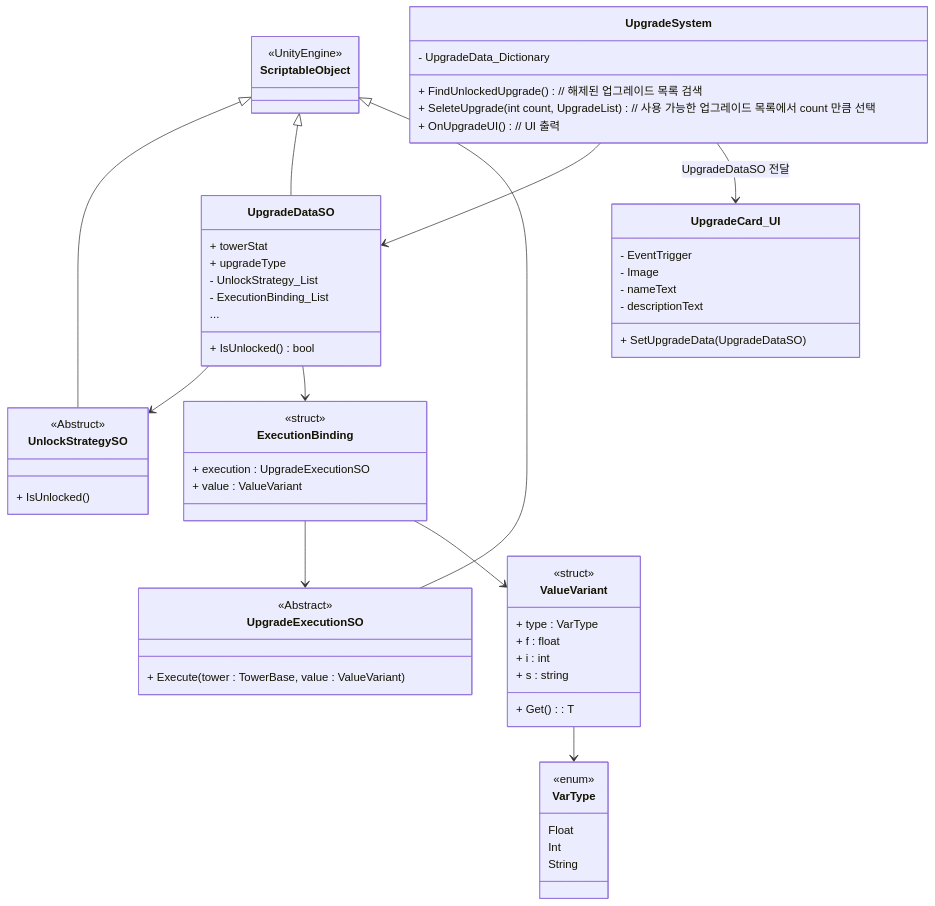
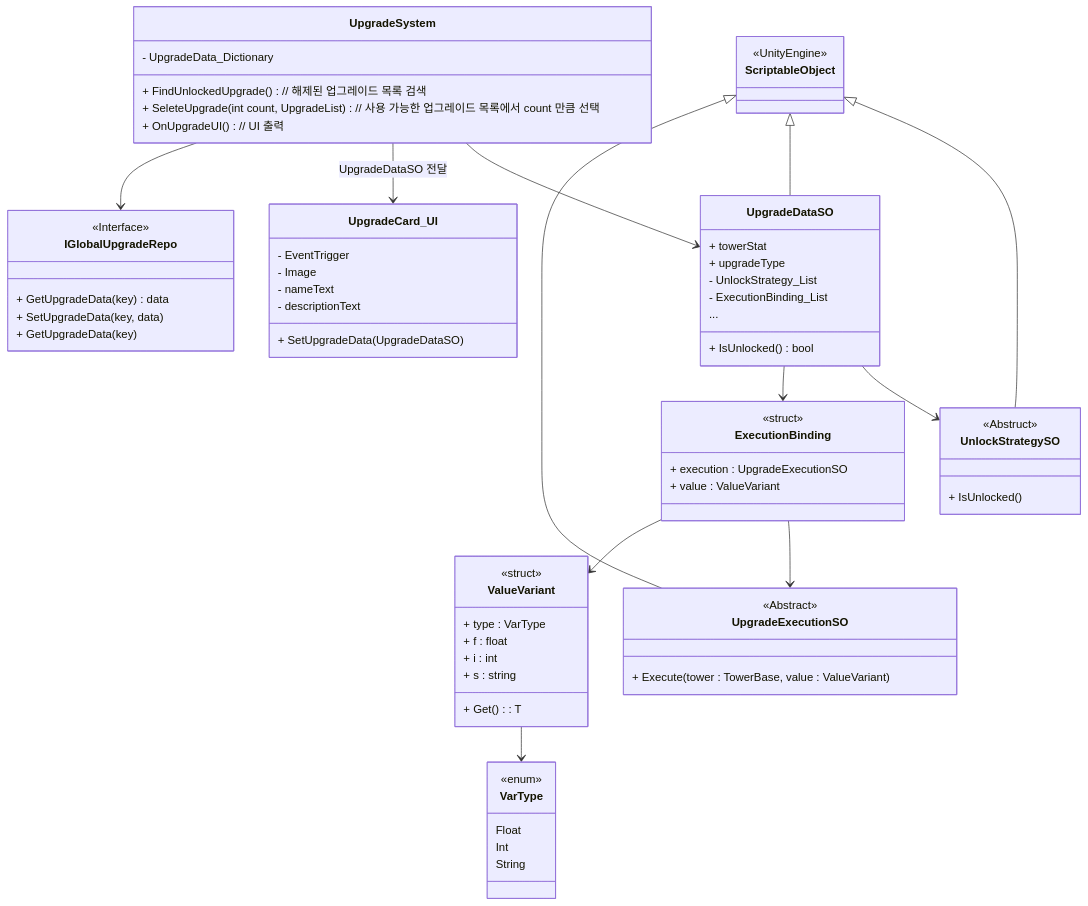
The diagram in _Doc/DevelopmentLog_25_6.md (HyunWoo-Jo/ProjectHS), drawn with Mermaid before and after one commit. The commit also changed other lines of this file, not shown here.

````diff
--- a/_Doc/DevelopmentLog_25_6.md
+++ b/_Doc/DevelopmentLog_25_6.md
@@ -94,4 +98,13 @@
 ExecutionBinding --> UpgradeExecutionSO
 ExecutionBinding --> ValueVariant
 ValueVariant --> VarType
+
+%% Golbal
+class IGlobalUpgradeRepo {  
+    <<Interface>>
+    + GetUpgradeData(key) data  
+    + SetUpgradeData(key, data)  
+    + GetUpgradeData(key)  
+}
+UpgradeSystem --> IGlobalUpgradeRepo
 ```
````
